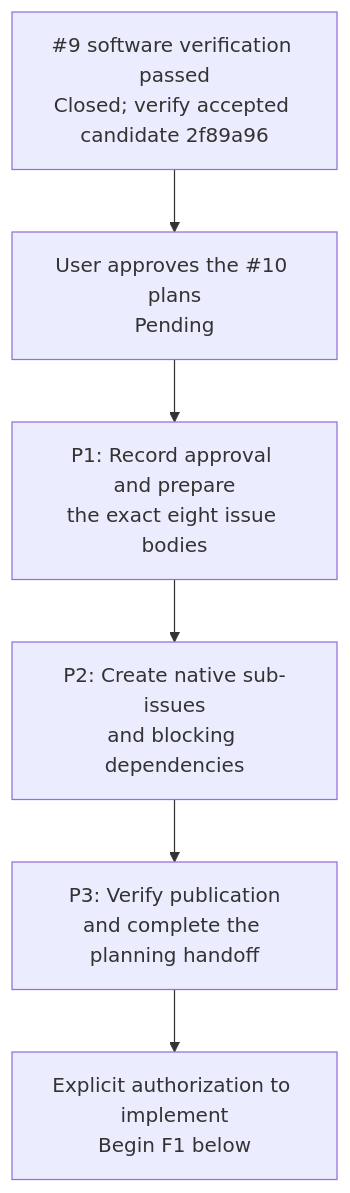
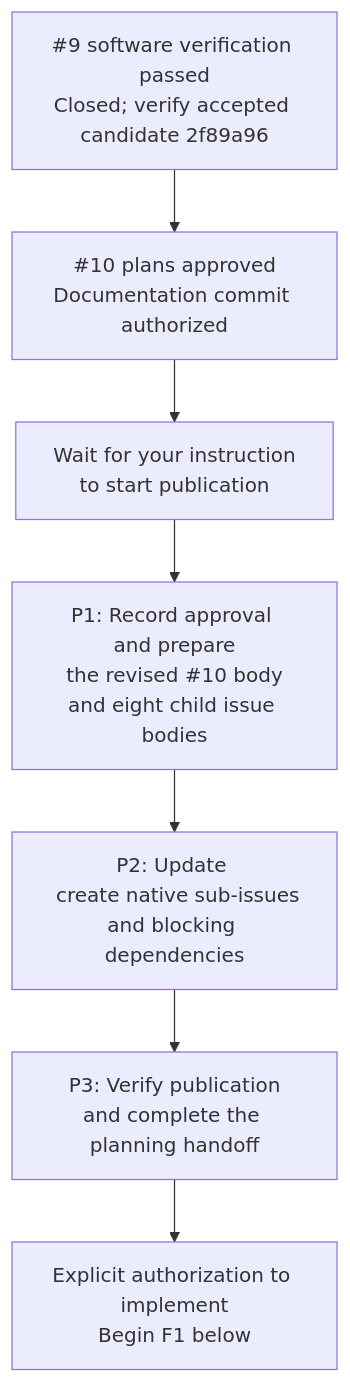
The second of 3 diagrams in docs/diagrams/issue-10-implementation-tasks.md (noelorph/diy-instax-photobooth), drawn with Mermaid before and after one commit. The commit also changed other lines of this file and 104 other files, not shown here.

Commit message:
docs: approve issue 10 complete legacy removal plans

````diff
--- a/docs/diagrams/issue-10-implementation-tasks.md
+++ b/docs/diagrams/issue-10-implementation-tasks.md
@@ -11,10 +24,11 @@
 ```mermaid
 flowchart TD
   NINE["#9 software verification passed<br/>Closed; verify accepted candidate 2f89a96"]
-  APPROVAL["User approves the #10 plans<br/>Pending"]
-  P1["P1: Record approval and prepare<br/>the exact eight issue bodies"]
-  P2["P2: Create native sub-issues<br/>and blocking dependencies"]
+  APPROVAL["#10 plans approved<br/>Documentation commit authorized"]
+  P1["P1: Record approval and prepare<br/>the revised #10 body<br/>and eight child issue bodies"]
+  P2["P2: Update #10; create native sub-issues<br/>and blocking dependencies"]
   P3["P3: Verify publication<br/>and complete the planning handoff"]
   AUTH["Explicit authorization to implement<br/>Begin F1 below"]
-  NINE --> APPROVAL --> P1 --> P2 --> P3 --> AUTH
+  HOLD["Wait for your instruction<br/>to start publication"]
+  NINE --> APPROVAL --> HOLD --> P1 --> P2 --> P3 --> AUTH
 ```
````
